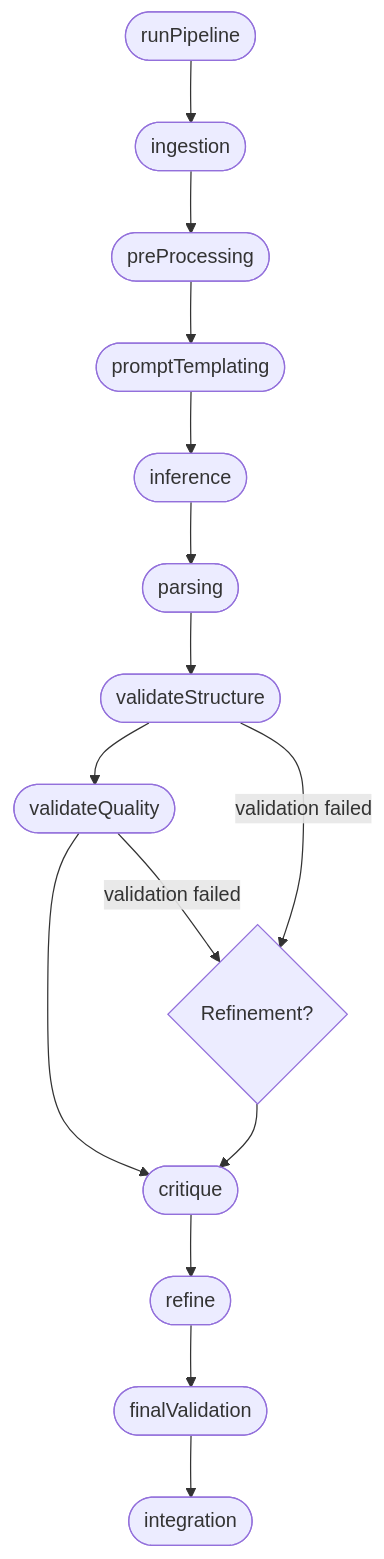
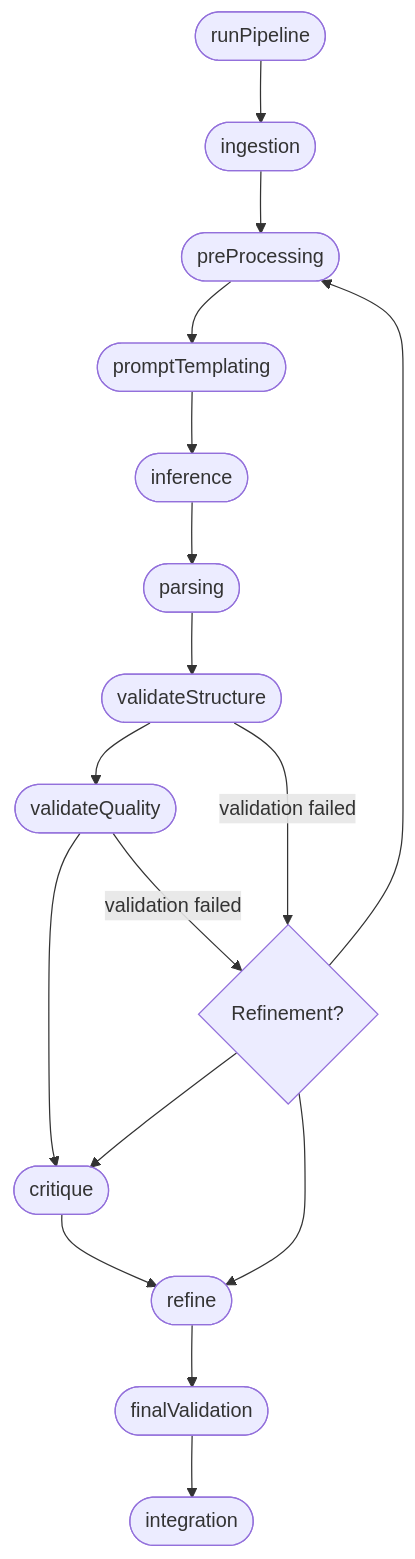
Before and after one commit to ryan-mahoney/prompt-orchestration-pipeline: the diagram in docs/task-runner-document-plan.md, drawn with Mermaid. The commit also changed other lines of this file and 4 other files, not shown here.

````diff
--- a/docs/task-runner-document-plan.md
+++ b/docs/task-runner-document-plan.md
@@ -151,18 +157,20 @@
 ```mermaid
 flowchart TD
     start([runPipeline])
     start --> ingestStage([ingestion])
     ingestStage --> preProcStage([preProcessing])
     preProcStage --> templStage([promptTemplating])
     templStage --> inferStage([inference])
     inferStage --> parseStage([parsing])
     parseStage --> structStage([validateStructure])
     structStage --> qualityStage([validateQuality])
     qualityStage --> critiqueStage([critique])
     critiqueStage --> refineStage([refine])
     refineStage --> finalStage([finalValidation])
     finalStage --> integrateStage([integration])
     structStage -->|validation failed| refineLoop{Refinement?}
     qualityStage -->|validation failed| refineLoop
     refineLoop --> critiqueStage
+    refineLoop --> refineStage
+    refineLoop --> preProcStage
 ```
````
